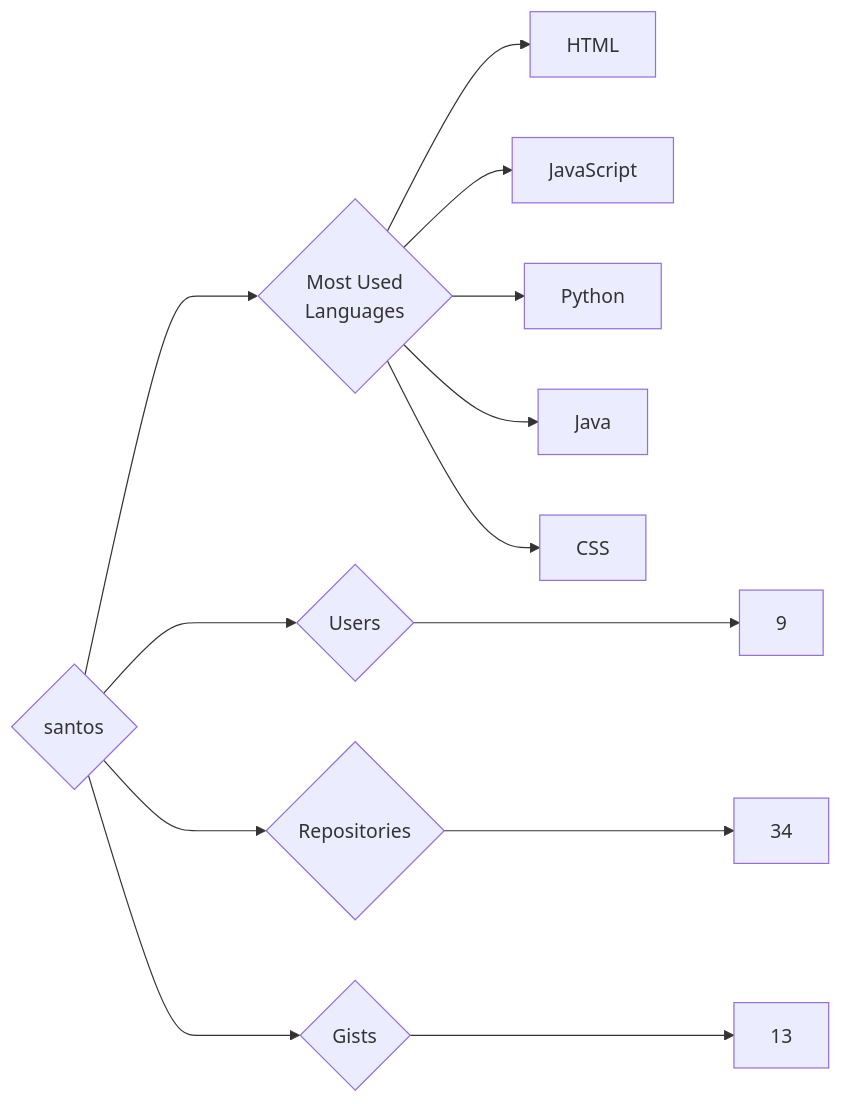
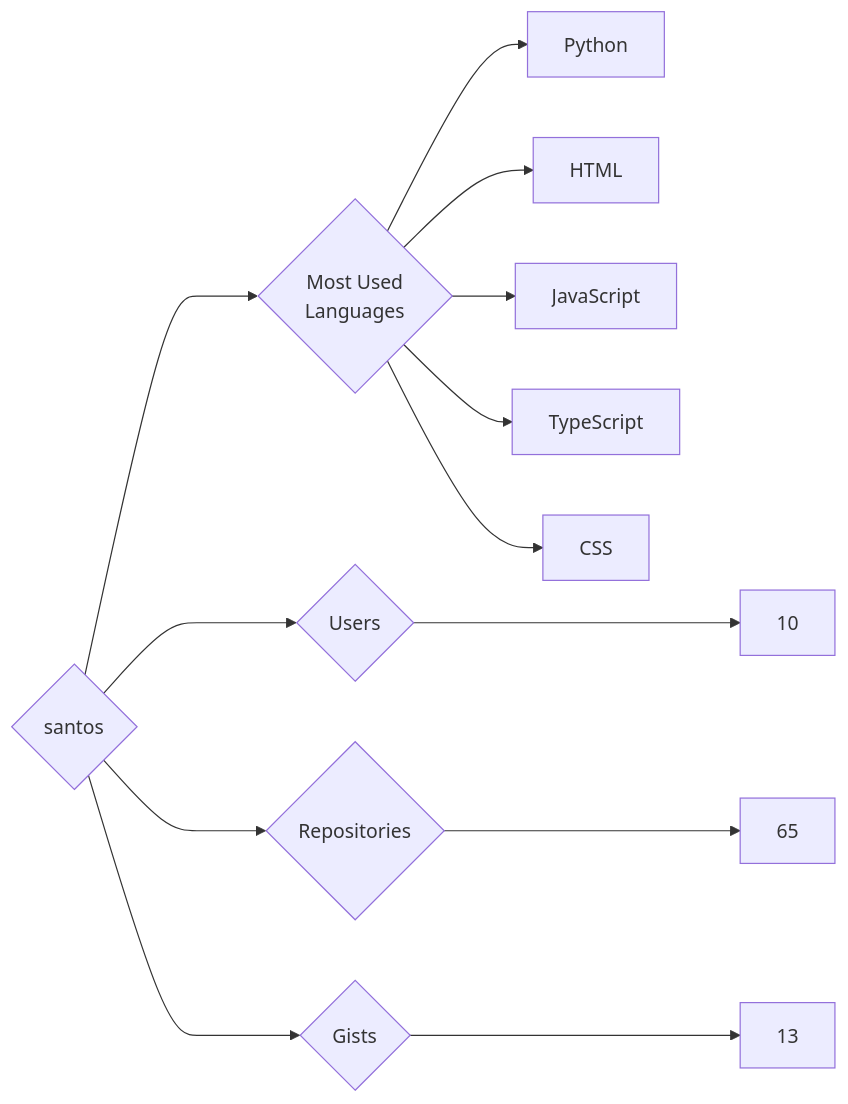
The diagram in targets/santos/README.md (trickest/insiders), drawn with Mermaid before and after one commit. The commit also changed 1248 other files, not shown here.

````diff
--- a/targets/santos/README.md
+++ b/targets/santos/README.md
@@ -3,13 +3,13 @@
 ```mermaid
 graph LR
 COMPANY_NAME{santos}
-COMPANY_NAME ---> U{Users} ---> UN[9]
-COMPANY_NAME ---> R{Repositories} ---> RN[34]
+COMPANY_NAME ---> U{Users} ---> UN[10]
+COMPANY_NAME ---> R{Repositories} ---> RN[65]
 COMPANY_NAME ---> G{Gists} ---> GN[13]
 COMPANY_NAME ---> ML{Most Used<br>Languages}
+ML --> Python[Python]
 ML --> HTML[HTML]
 ML --> JavaScript[JavaScript]
-ML --> Python[Python]
-ML --> Java[Java]
+ML --> TypeScript[TypeScript]
 ML --> CSS[CSS]
 ```
````
